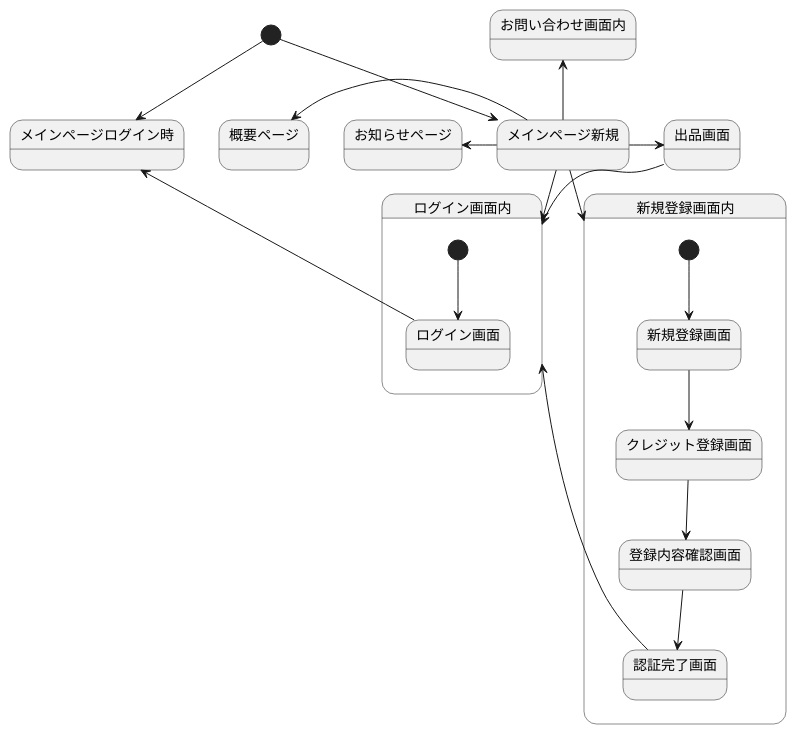
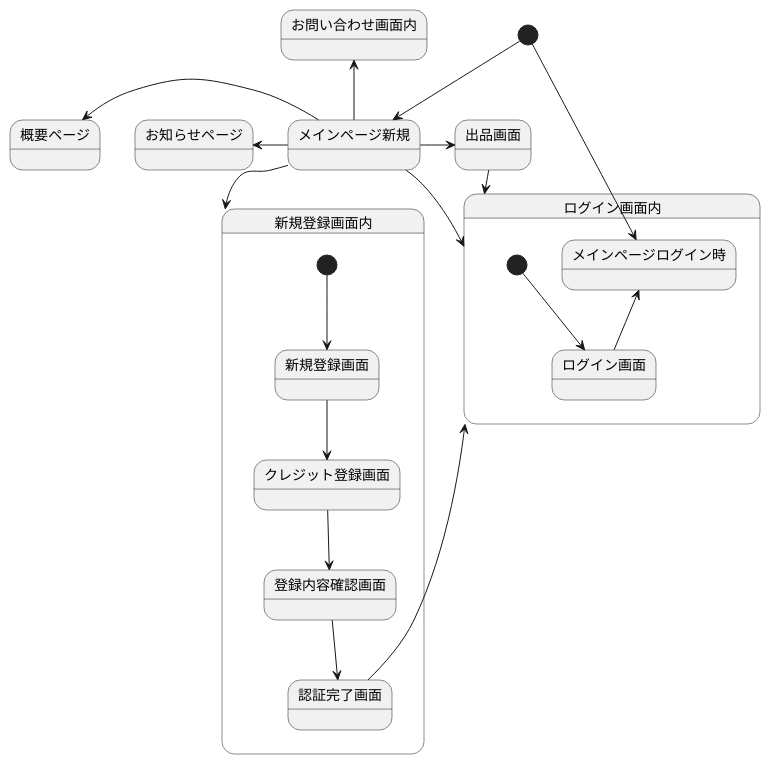
Before and after one commit to Aso2001147/2021SystemDesign: the diagram in 画面遷移図.md, drawn with PlantUML. The commit also changed other lines of this file, not shown here.

````diff
--- a/画面遷移図.md
+++ b/画面遷移図.md
@@ -1,29 +1,29 @@
 ```uml
 @startuml
 [*] --> メインページ新規
-[*] --> メインページログイン時
 メインページ新規 -left-> 概要ページ
 メインページ新規 -up-> お問い合わせ画面内
 メインページ新規 -left-> お知らせページ
 メインページ新規 --> ログイン画面内
 メインページ新規 --> 新規登録画面内
 メインページ新規 -> 出品画面
 出品画面 -> ログイン画面内
 
 
 state 新規登録画面内{
 [*] --> 新規登録画面
 新規登録画面 -down-> クレジット登録画面
 クレジット登録画面 -down-> 登録内容確認画面
 登録内容確認画面 -down-> 認証完了画面
 認証完了画面 -up-> ログイン画面内
 }
 
 state ログイン画面内{
 [*] -down-> ログイン画面
 ログイン画面 -up-> メインページログイン時
 }
 
+[*] --> メインページログイン時
 
 @enduml
 ```
````
